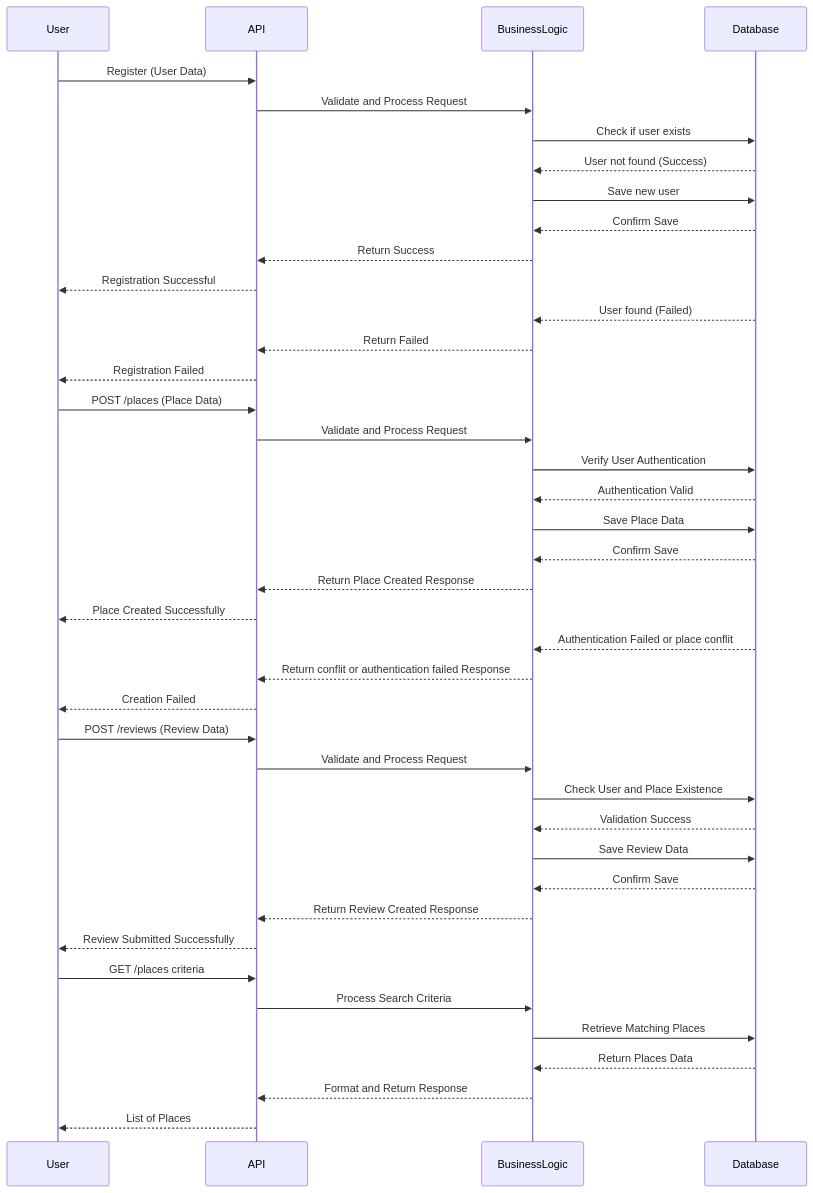
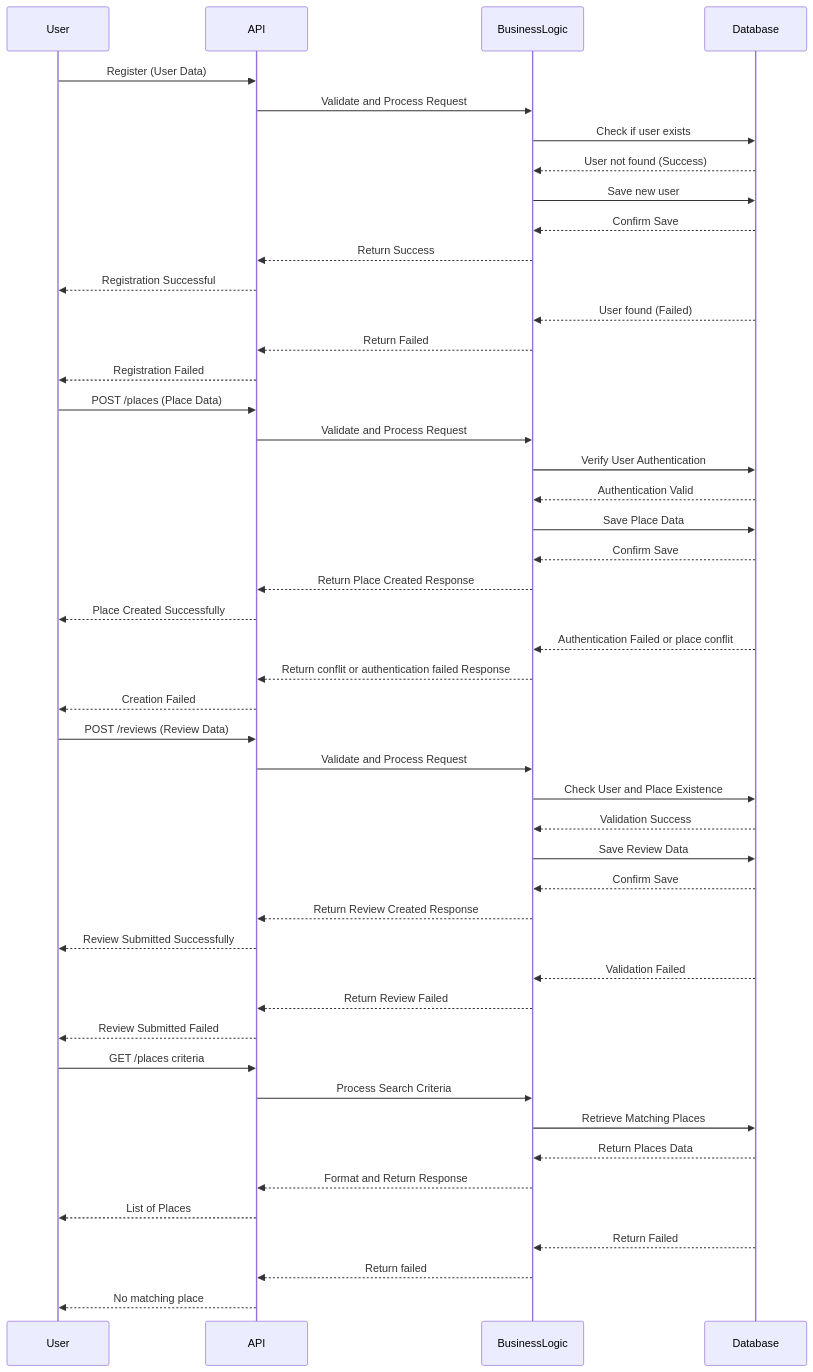
The diagram in part-1/sequenceDiagram.md (KillianRipoche/holbertonschool-hbnb), drawn with Mermaid before and after one commit.

Commit message:
Add return Failed for review and list of place

````diff
--- a/part-1/sequenceDiagram.md
+++ b/part-1/sequenceDiagram.md
@@ -1,58 +1,65 @@
 ```mermaid
 sequenceDiagram
 participant User
 participant API
 participant BusinessLogic
 participant Database
 
 
 %% User registration :
 
 User->>API: Register (User Data)
 API->>BusinessLogic: Validate and Process Request
 BusinessLogic->>Database: Check if user exists
 Database-->>BusinessLogic: User not found (Success)
 BusinessLogic->>Database: Save new user
 Database-->>BusinessLogic: Confirm Save
 BusinessLogic-->>API: Return Success
 API-->>User: Registration Successful
 Database-->>BusinessLogic: User found (Failed)
 BusinessLogic-->>API: Return Failed
 API-->>User: Registration Failed
 
 
 %% Place registration :
 
 User->>API: POST /places (Place Data)
 API->>BusinessLogic: Validate and Process Request
 BusinessLogic->>Database: Verify User Authentication
 Database-->>BusinessLogic: Authentication Valid
 BusinessLogic->>Database: Save Place Data
 Database-->>BusinessLogic: Confirm Save
 BusinessLogic-->>API: Return Place Created Response
 API-->>User: Place Created Successfully
 Database-->>BusinessLogic: Authentication Failed or place conflit
 BusinessLogic-->>API: Return conflit or authentication failed Response
 API-->>User: Creation Failed
 
+
 %% Review submission :
 
 User->>API: POST /reviews (Review Data)
 API->>BusinessLogic: Validate and Process Request
 BusinessLogic->>Database: Check User and Place Existence
 Database-->>BusinessLogic: Validation Success
 BusinessLogic->>Database: Save Review Data
 Database-->>BusinessLogic: Confirm Save
 BusinessLogic-->>API: Return Review Created Response
 API-->>User: Review Submitted Successfully
+Database-->>BusinessLogic: Validation Failed
+BusinessLogic-->>API: Return Review Failed
+API-->>User: Review Submitted Failed
 
 
 %% Fetching list of place :
 
 User->>API: GET /places criteria
 API->>BusinessLogic: Process Search Criteria
 BusinessLogic->>Database: Retrieve Matching Places
 Database-->>BusinessLogic: Return Places Data
 BusinessLogic-->>API: Format and Return Response
 API-->>User: List of Places
+Database-->>BusinessLogic: Return Failed
+BusinessLogic-->>API: Return failed
+API-->>User: No matching place
 ```
````
